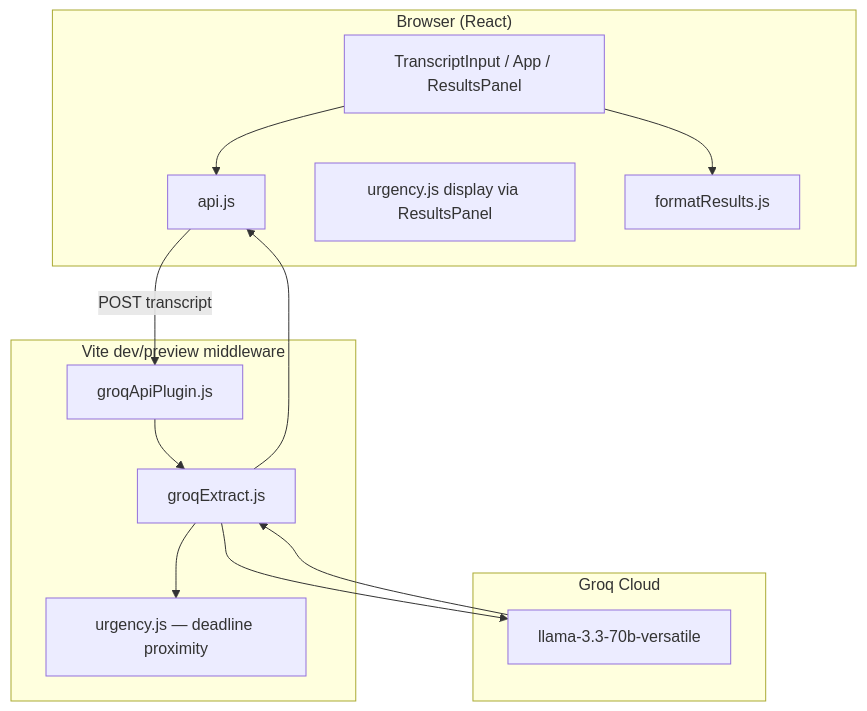
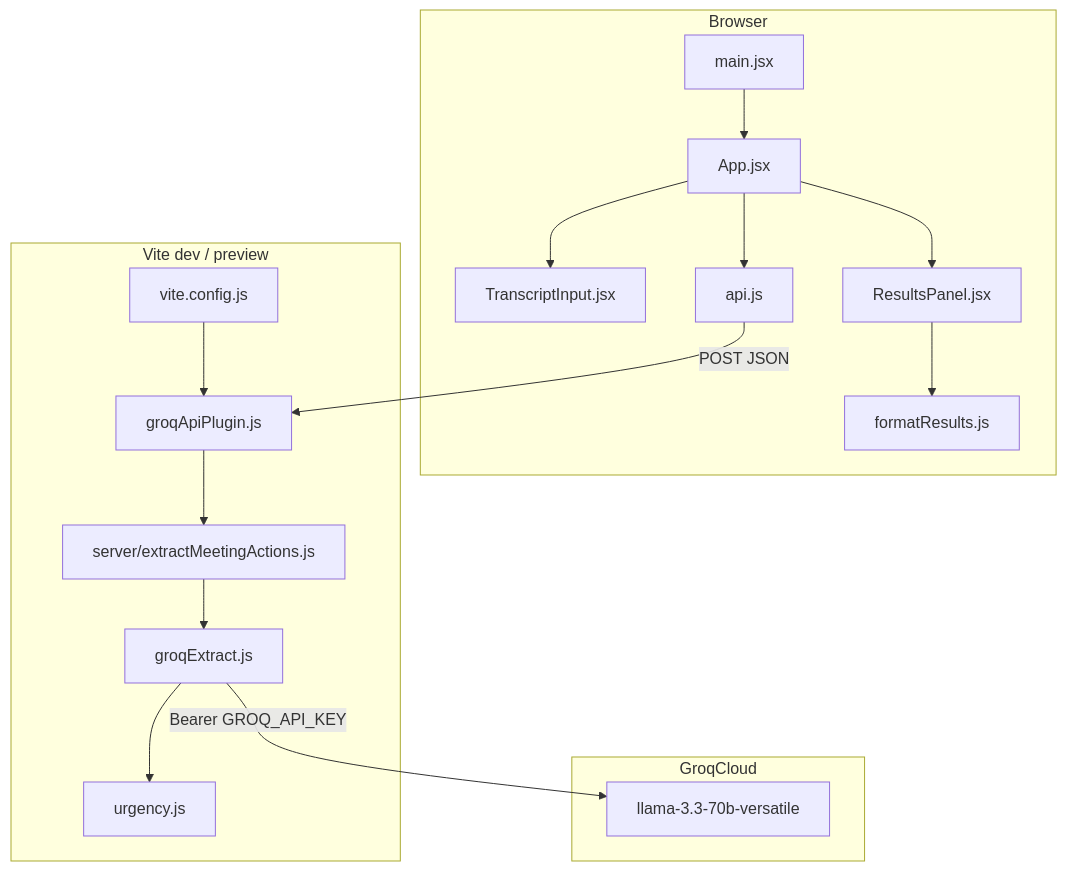
One commit to uswakhan12/Meeting-Minutes-Automation changed the second of 2 diagrams in README.md. Above: the diagram before and after it, drawn with Mermaid. The commit also changed other lines of this file, not shown here.

````diff
--- a/README.md
+++ b/README.md
@@ -111,28 +260,35 @@
 ```mermaid
 flowchart TB
-  subgraph Client["Browser (React)"]
-    UI[TranscriptInput / App / ResultsPanel]
-    API_CLIENT["api.js"]
-    URGENCY_UI[urgency.js display via ResultsPanel]
-    FORMAT[formatResults.js]
-    UI --> API_CLIENT
-    UI --> FORMAT
+  subgraph Browser
+    main[main.jsx]
+    App[App.jsx]
+    TI[TranscriptInput.jsx]
+    RP[ResultsPanel.jsx]
+    api[api.js]
+    fmt[formatResults.js]
+    main --> App
+    App --> TI
+    App --> RP
+    App --> api
+    RP --> fmt
   end
 
-  subgraph Server["Vite dev/preview middleware"]
-    PLUGIN[groqApiPlugin.js]
-    GROQ[groqExtract.js]
-    URGENCY[urgency.js — deadline proximity]
-    PLUGIN --> GROQ
-    GROQ --> URGENCY
+  subgraph ViteServer["Vite dev / preview"]
+    vite[vite.config.js]
+    plugin[groqApiPlugin.js]
+    bridge[server/extractMeetingActions.js]
+    groq[groqExtract.js]
+    urg[urgency.js]
+    vite --> plugin
+    plugin --> bridge
+    bridge --> groq
+    groq --> urg
   end
 
-  subgraph External["Groq Cloud"]
-    LLM["llama-3.3-70b-versatile"]
+  subgraph GroqCloud
+    model[llama-3.3-70b-versatile]
   end
 
-  API_CLIENT -->|POST transcript| PLUGIN
-  GROQ --> LLM
-  LLM --> GROQ
-  GROQ --> API_CLIENT
+  api -->|POST JSON| plugin
+  groq -->|Bearer GROQ_API_KEY| model
 ```
````
